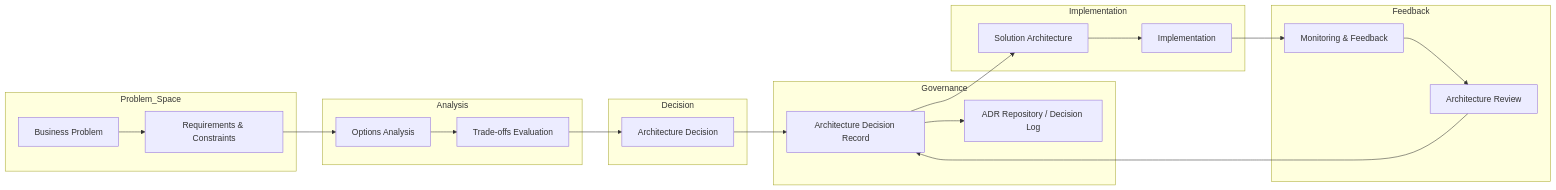
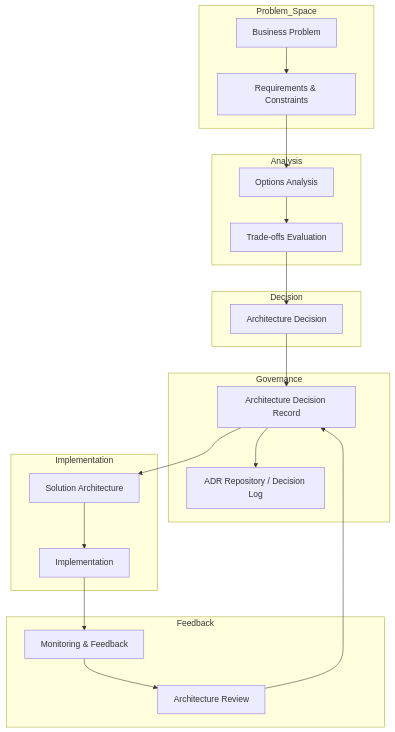
The diagram in src/decision-making.md (rzamperlini/rzamperlini), drawn with Mermaid before and after one commit. The commit also changed other lines of this file, not shown here.

Commit message:
Enhance architecture decision-making documentation
Added a note on documenting architectural decisions for traceability and maintainability.

````diff
--- a/src/decision-making.md
+++ b/src/decision-making.md
@@ -17,48 +19,48 @@
 ```mermaid
-flowchart LR
+flowchart TD
 
     subgraph Problem_Space
         PROB[Business Problem]
         REQ[Requirements & Constraints]
     end
 
     subgraph Analysis
         OPT[Options Analysis]
         TRADE[Trade-offs Evaluation]
     end
 
     subgraph Decision
         DEC[Architecture Decision]
     end
 
     subgraph Governance
         ADR[Architecture Decision Record]
         REPO[ADR Repository / Decision Log]
     end
 
     subgraph Implementation
         ARCH[Solution Architecture]
         BUILD[Implementation]
     end
 
     subgraph Feedback
         MON[Monitoring & Feedback]
         REVIEW[Architecture Review]
     end
 
     %% Flow
     PROB --> REQ
     REQ --> OPT
     OPT --> TRADE
     TRADE --> DEC
 
     DEC --> ADR
     ADR --> REPO
 
     ADR --> ARCH
     ARCH --> BUILD
 
     BUILD --> MON
     MON --> REVIEW
     REVIEW --> ADR
 ```
````
